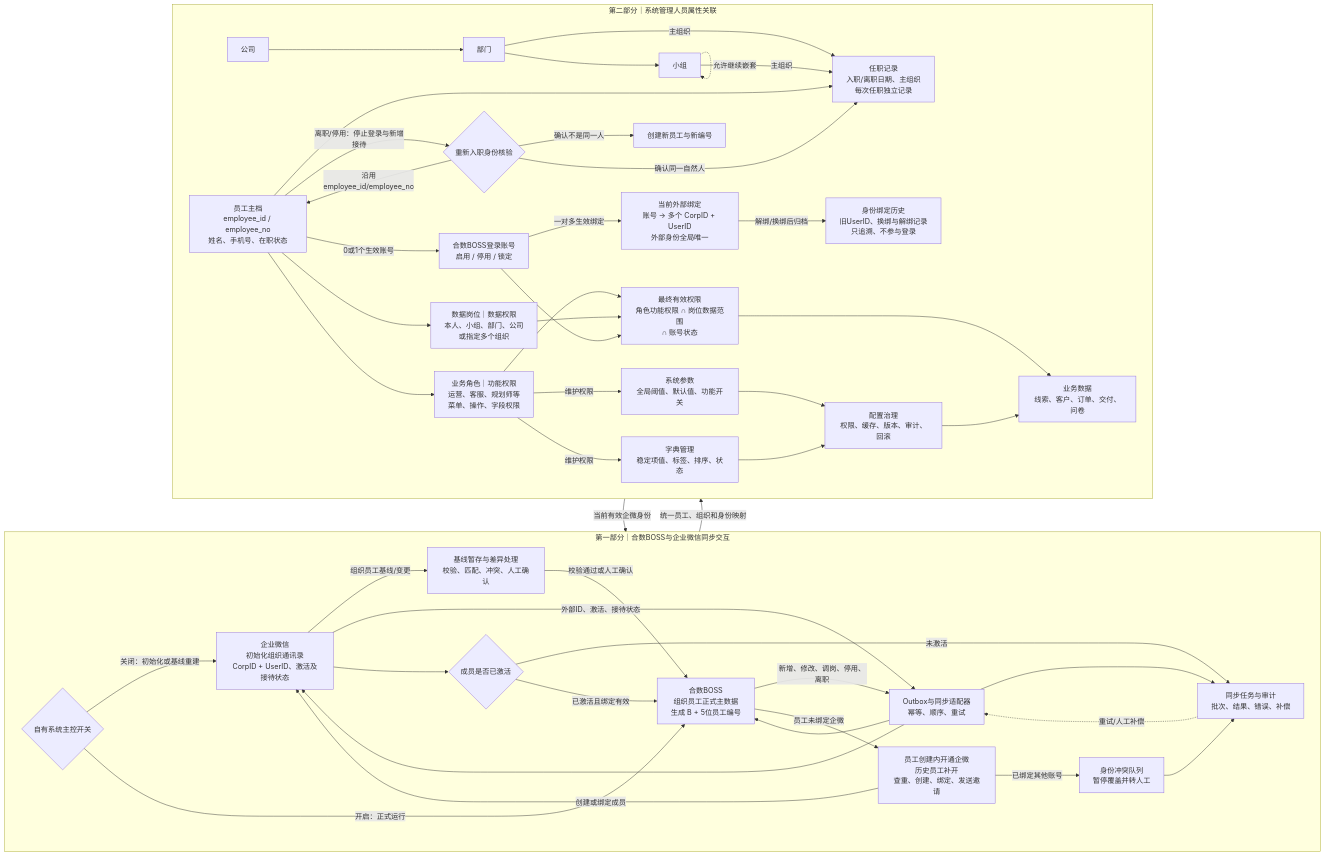
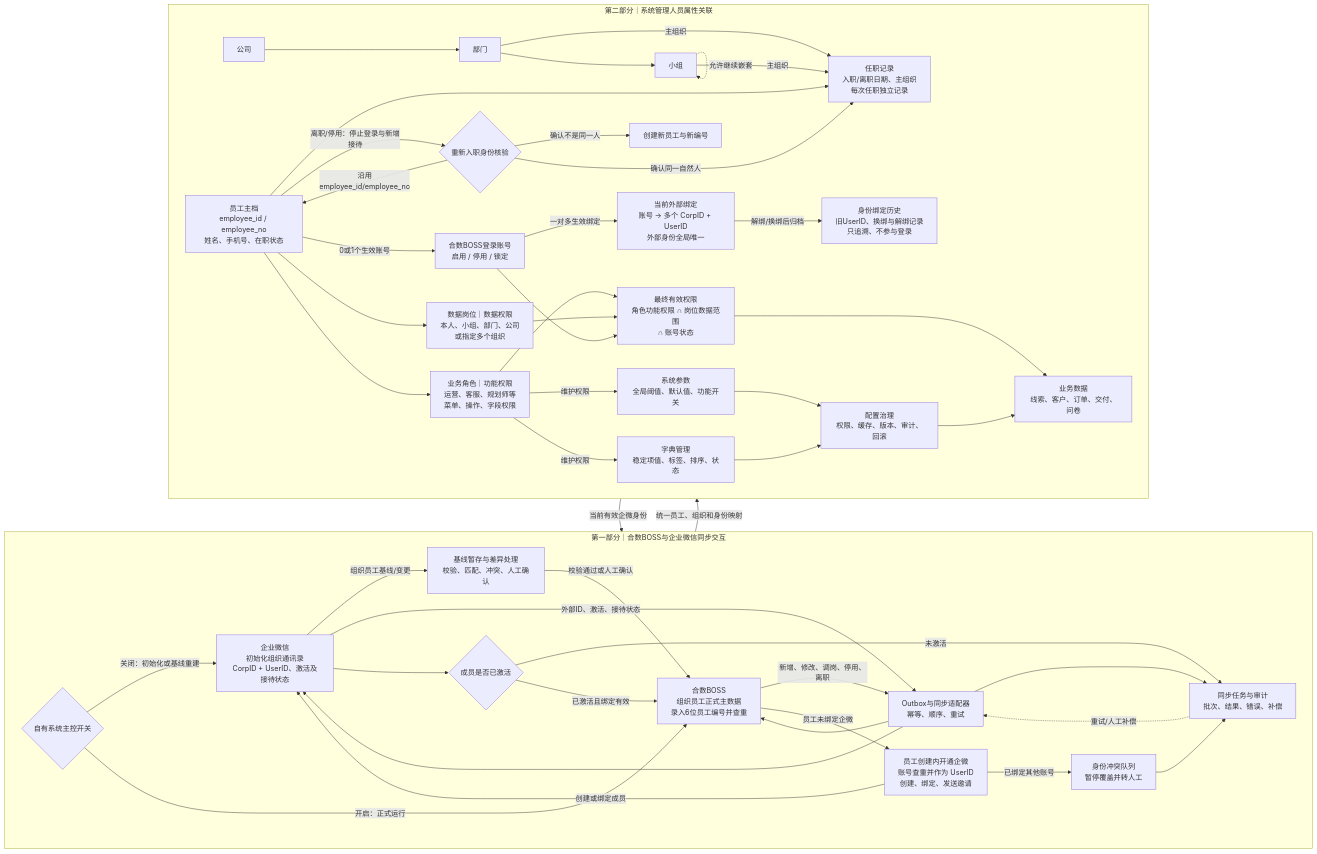
One commit to freya-pr/heshu-boss-demo changed the second of 4 diagrams in docs/authoritative/合数BOSS V1.0系统管理与业务配置需求文档.md. Above: the diagram before and after it, drawn with Mermaid. The commit also changed other lines of this file and 25 other files, not shown here.

````diff
--- a/docs/authoritative/合数BOSS V1.0系统管理与业务配置需求文档.md
+++ b/docs/authoritative/合数BOSS V1.0系统管理与业务配置需求文档.md
@@ -109,77 +109,77 @@
 ```mermaid
 flowchart TB
     subgraph SYNC_AREA["第一部分｜合数BOSS与企业微信同步交互"]
         direction LR
         WECOM["企业微信<br/>初始化组织通讯录<br/>CorpID + UserID、激活及接待状态"]
         SWITCH{"自有系统主控开关"}
         STAGE["基线暂存与差异处理<br/>校验、匹配、冲突、人工确认"]
-        BOSS["合数BOSS<br/>组织员工正式主数据<br/>生成 B + 5位员工编号"]
+        BOSS["合数BOSS<br/>组织员工正式主数据<br/>录入6位员工编号并查重"]
         OUTBOX["Outbox与同步适配器<br/>幂等、顺序、重试"]
-        PROVISION["员工创建内开通企微<br/>历史员工补开<br/>查重、创建、绑定、发送邀请"]
+        PROVISION["员工创建内开通企微<br/>账号查重并作为 UserID<br/>创建、绑定、发送邀请"]
         ACTIVE{"成员是否已激活"}
         CONFLICT["身份冲突队列<br/>暂停覆盖并转人工"]
         AUDIT["同步任务与审计<br/>批次、结果、错误、补偿"]
 
         SWITCH -->|"关闭：初始化或基线重建"| WECOM
         WECOM -->|"组织员工基线/变更"| STAGE
         STAGE -->|"校验通过或人工确认"| BOSS
         SWITCH -->|"开启：正式运行"| BOSS
         BOSS -->|"新增、修改、调岗、停用、离职"| OUTBOX
         OUTBOX --> WECOM
         WECOM -->|"外部ID、激活、接待状态"| OUTBOX
         OUTBOX --> BOSS
         BOSS -->|"员工未绑定企微"| PROVISION
         PROVISION -->|"已绑定其他账号"| CONFLICT
         PROVISION -->|"创建或绑定成员"| WECOM
         WECOM --> ACTIVE
         ACTIVE -->|"未激活"| AUDIT
         ACTIVE -->|"已激活且绑定有效"| BOSS
         OUTBOX --> AUDIT
         CONFLICT --> AUDIT
         AUDIT -. "重试/人工补偿" .-> OUTBOX
     end
 
     subgraph PERSON_AREA["第二部分｜系统管理人员属性关联"]
         direction LR
         COMPANY["公司"] --> DEPT["部门"] --> GROUP["小组"]
         GROUP -. "允许继续嵌套" .-> GROUP
         EMP["员工主档<br/>employee_id / employee_no<br/>姓名、手机号、在职状态"]
         EMPLOYMENT["任职记录<br/>入职/离职日期、主组织<br/>每次任职独立记录"]
         ACCOUNT["合数BOSS登录账号<br/>启用 / 停用 / 锁定"]
         IDENTITY["当前外部绑定<br/>账号 → 多个 CorpID + UserID<br/>外部身份全局唯一"]
         IDENTITY_HISTORY["身份绑定历史<br/>旧UserID、换绑与解绑记录<br/>只追溯、不参与登录"]
         ROLE["业务角色｜功能权限<br/>运营、客服、规划师等<br/>菜单、操作、字段权限"]
         POSITION["数据岗位｜数据权限<br/>本人、小组、部门、公司<br/>或指定多个组织"]
         EFFECTIVE["最终有效权限<br/>角色功能权限 ∩ 岗位数据范围<br/>∩ 账号状态"]
         BUSINESS["业务数据<br/>线索、客户、订单、交付、问卷"]
         REHIRE{"重新入职身份核验"}
         PARAM["系统参数<br/>全局阈值、默认值、功能开关"]
         DICT["字典管理<br/>稳定项值、标签、排序、状态"]
         CFG["配置治理<br/>权限、缓存、版本、审计、回滚"]
 
         DEPT -->|"主组织"| EMPLOYMENT
         GROUP -->|"主组织"| EMPLOYMENT
         EMP --> EMPLOYMENT
         EMP -->|"0或1个生效账号"| ACCOUNT
         ACCOUNT -->|"一对多生效绑定"| IDENTITY
         IDENTITY -->|"解绑/换绑后归档"| IDENTITY_HISTORY
         EMP --> ROLE
         EMP --> POSITION
         ROLE --> EFFECTIVE
         POSITION --> EFFECTIVE
         ACCOUNT --> EFFECTIVE
         EFFECTIVE --> BUSINESS
         EMP -->|"离职/停用：停止登录与新增接待"| REHIRE
         REHIRE -->|"确认同一自然人"| EMPLOYMENT
         REHIRE -->|"沿用employee_id/employee_no"| EMP
         REHIRE -->|"确认不是同一人"| NEWEMP["创建新员工与新编号"]
         ROLE -->|"维护权限"| PARAM
         ROLE -->|"维护权限"| DICT
         PARAM --> CFG
         DICT --> CFG
         CFG --> BUSINESS
     end
 
     BOSS -->|"统一员工、组织和身份映射"| EMP
     IDENTITY -->|"当前有效企微身份"| WECOM
 ```
````
